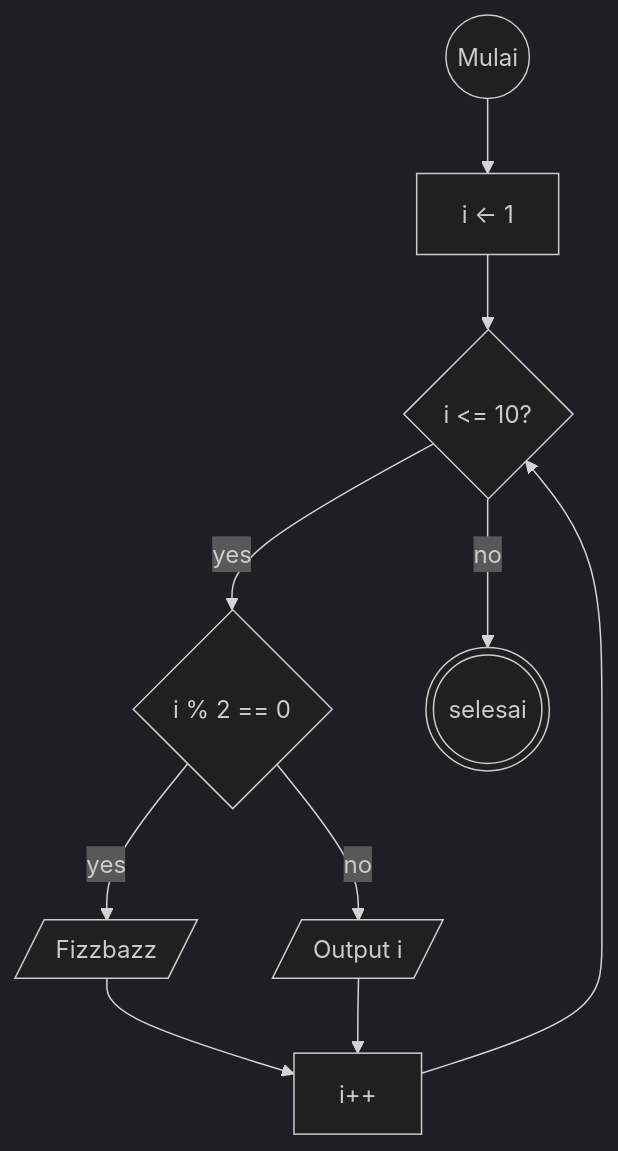
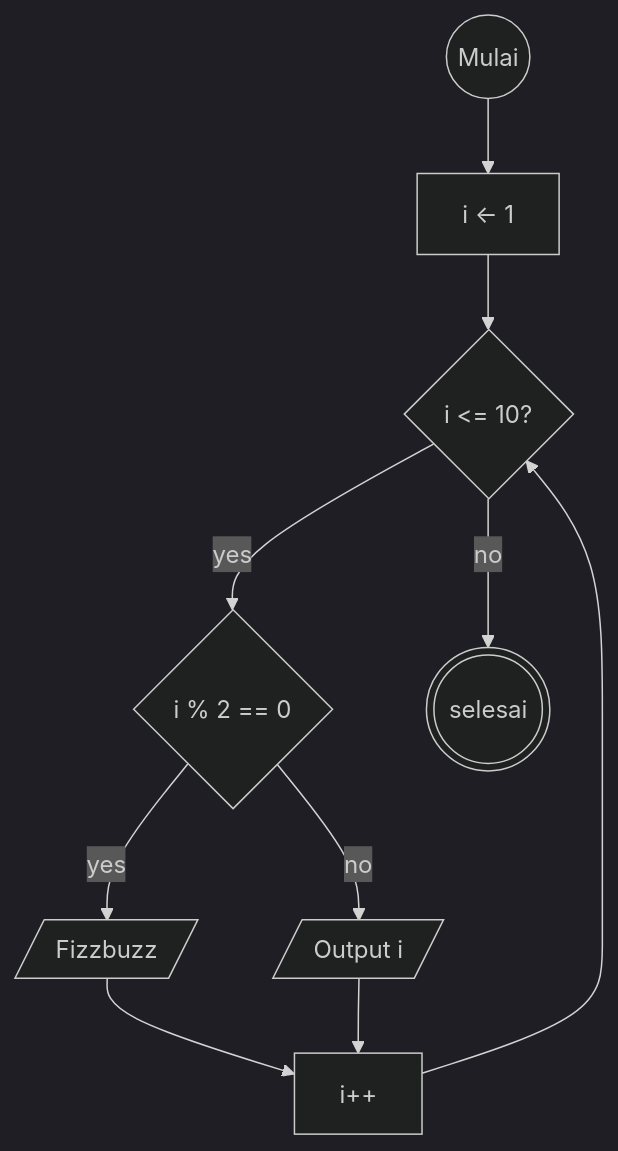
Before and after one commit to asasonda/koda-b1-deskriptif-algoritm: the diagram in PseudoCode-Looping.md, drawn with Mermaid (dark theme).

````diff
--- a/PseudoCode-Looping.md
+++ b/PseudoCode-Looping.md
@@ -1,13 +1,13 @@
 ``` mermaid
 flowchart TD
     start((Mulai)) --> init[i <- 1]
     init --> check{i <= 10?}
     check -- yes --> kondisional{i % 2 == 0}
-    kondisional -- yes --> out[/Fizzbazz/]
+    kondisional -- yes --> out[/Fizzbuzz/]
     out --> increment[i++]
     kondisional -- no --> print[/Output i/]
     increment --> check
     print --> increment
     check -- no --> selesai(((selesai)))
 
 ```
````
